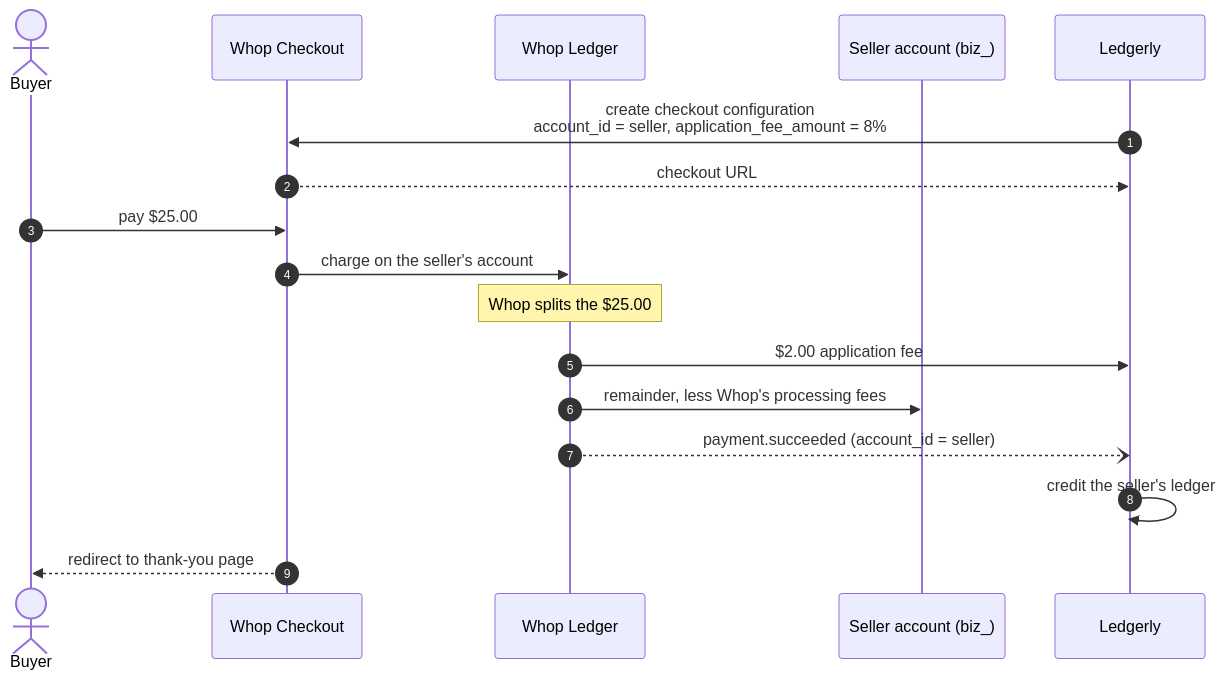
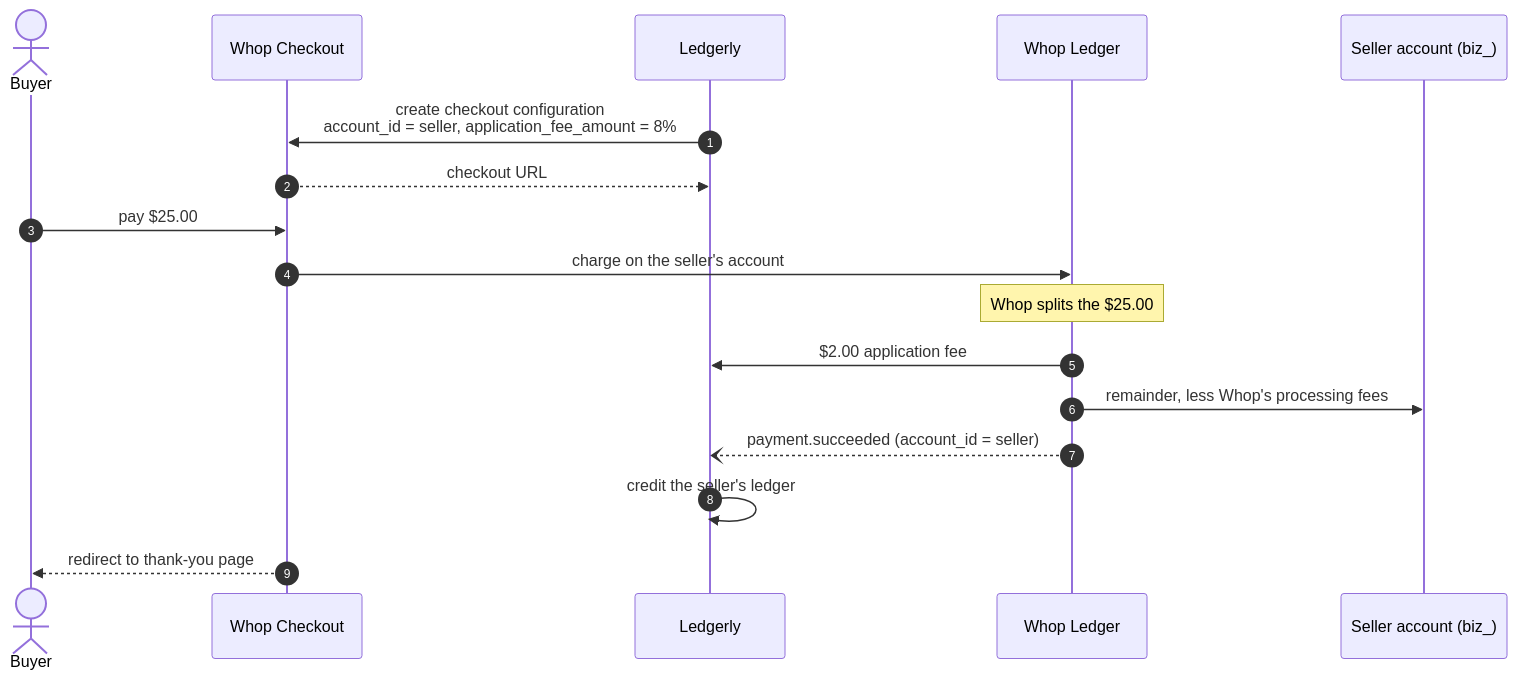
Before and after one commit to sachin-srikanth1/ledgerly-whop-platform: the first of 2 diagrams in README.md, drawn with Mermaid. The commit also changed other lines of this file, not shown here.

````diff
--- a/README.md
+++ b/README.md
@@ -35,22 +35,22 @@
 ```mermaid
 sequenceDiagram
     autonumber
     actor Buyer
     participant Checkout as Whop Checkout
+    participant Ledgerly
     participant Whop as Whop Ledger
     participant Seller as Seller account (biz_)
-    participant Ledgerly
 
     Ledgerly->>Checkout: create checkout configuration<br/>account_id = seller, application_fee_amount = 8%
     Checkout-->>Ledgerly: checkout URL
     Buyer->>Checkout: pay $25.00
     Checkout->>Whop: charge on the seller's account
 
     Note over Whop: Whop splits the $25.00
     Whop->>Ledgerly: $2.00 application fee
     Whop->>Seller: remainder, less Whop's processing fees
 
     Whop--)Ledgerly: payment.succeeded (account_id = seller)
     Ledgerly->>Ledgerly: credit the seller's ledger
     Checkout-->>Buyer: redirect to thank-you page
 ```
````
